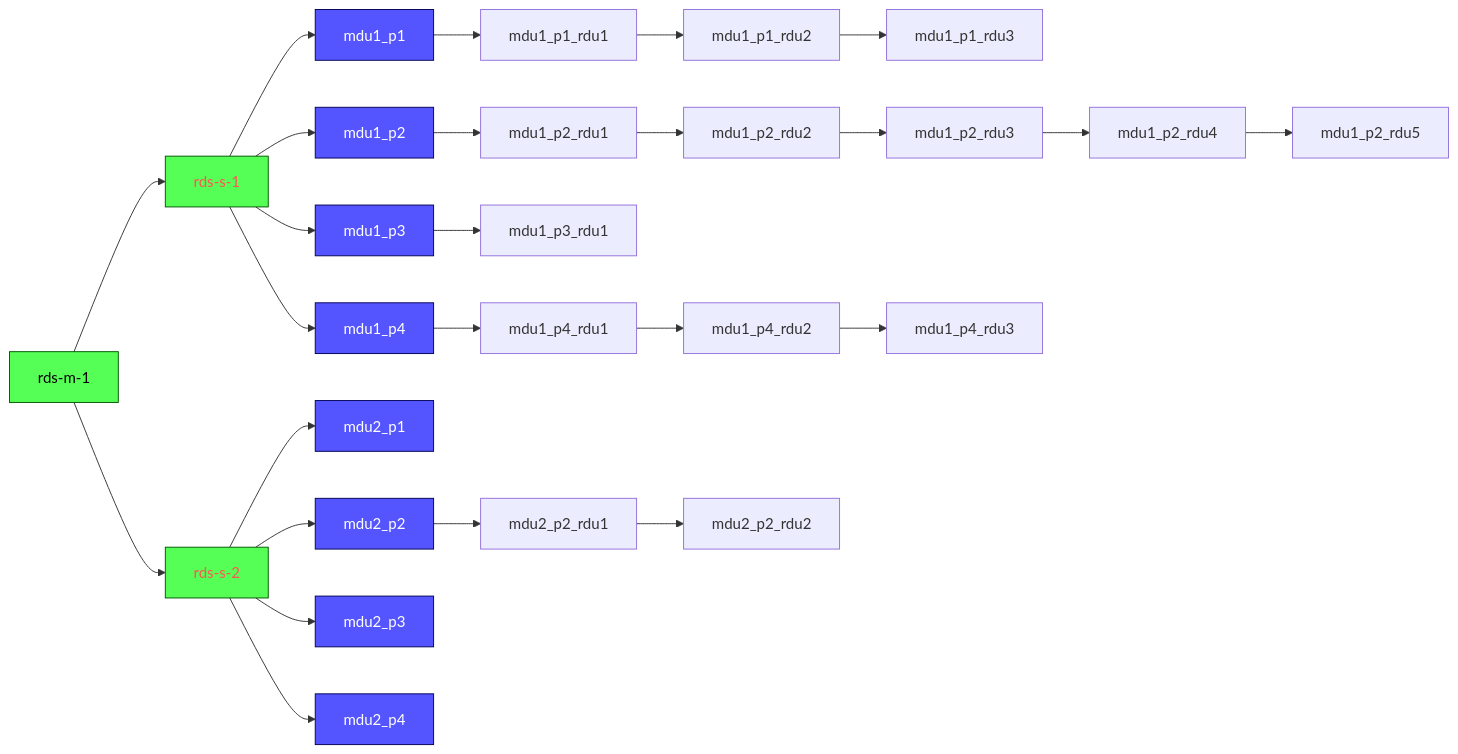
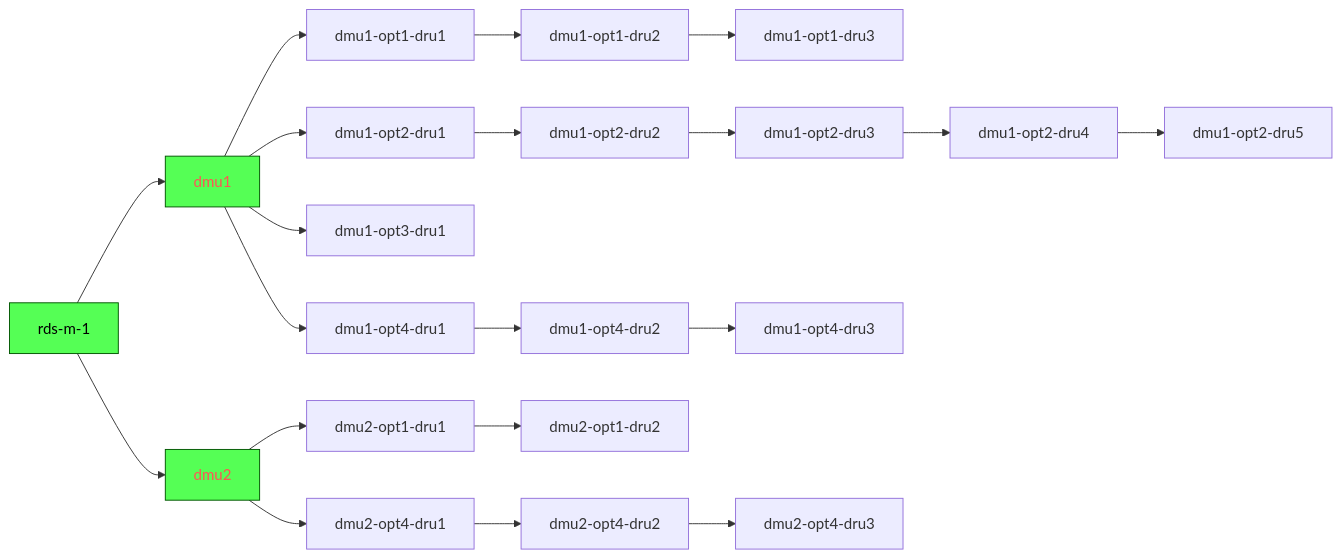
One commit to arturo393/drs changed the diagram in readme.md. Above: the diagram before and after it, drawn with Mermaid. The commit also changed other lines of this file, not shown here.

Commit message:
+readme: change hostname convention

````diff
--- a/readme.md
+++ b/readme.md
@@ -11,37 +11,19 @@
 ```mermaid
 graph LR;
-  rds-m-1-->rds-s-1;
-  rds-m-1-->rds-s-2;
+  rds-m-1-->dmu1;
+  rds-m-1-->dmu2;
 
-  rds-s-1-->mdu1_p1;
-  rds-s-1-->mdu1_p2;
-  rds-s-1-->mdu1_p3;
-  rds-s-1-->mdu1_p4;
+  dmu1-->dmu1-opt1-dru1-->dmu1-opt1-dru2-->dmu1-opt1-dru3;
+  dmu1-->dmu1-opt2-dru1-->dmu1-opt2-dru2-->dmu1-opt2-dru3-->dmu1-opt2-dru4-->dmu1-opt2-dru5;
+  dmu1-->dmu1-opt3-dru1;
+  dmu1-->dmu1-opt4-dru1-->dmu1-opt4-dru2-->dmu1-opt4-dru3;
 
-  rds-s-2-->mdu2_p1;
-  rds-s-2-->mdu2_p2;
-  rds-s-2-->mdu2_p3;
-  rds-s-2-->mdu2_p4;
-
-  mdu1_p1-->mdu1_p1_rdu1-->mdu1_p1_rdu2-->mdu1_p1_rdu3;
-  mdu1_p2-->mdu1_p2_rdu1-->mdu1_p2_rdu2-->mdu1_p2_rdu3-->mdu1_p2_rdu4-->mdu1_p2_rdu5;
-  mdu1_p3-->mdu1_p3_rdu1;
-  mdu1_p4-->mdu1_p4_rdu1-->mdu1_p4_rdu2-->mdu1_p4_rdu3;
-
-  mdu2_p2-->mdu2_p2_rdu1-->mdu2_p2_rdu2;
+  dmu2-->dmu2-opt1-dru1-->dmu2-opt1-dru2;
+  dmu2-->dmu2-opt4-dru1-->dmu2-opt4-dru2-->dmu2-opt4-dru3;
 
   style rds-m-1 color:#000,fill:#5f5,stroke:#050,stroke-width:1px;
 
-  style rds-s-1 color:#f55,fill:#5f5,stroke:#050,stroke-width:1px;
-  style rds-s-2 color:#f55,fill:#5f5,stroke:#050,stroke-width:1px;
+  style dmu1 color:#f55,fill:#5f5,stroke:#050,stroke-width:1px;
+  style dmu2 color:#f55,fill:#5f5,stroke:#050,stroke-width:1px;
 
-  style mdu1_p1 color:#fff,fill:#55f,stroke:#005,stroke-width:1px;
-  style mdu1_p2 color:#fff,fill:#55f,stroke:#005,stroke-width:1px;
-  style mdu1_p3 color:#fff,fill:#55f,stroke:#005,stroke-width:1px;
-  style mdu1_p4 color:#fff,fill:#55f,stroke:#005,stroke-width:1px;
-
-  style mdu2_p1 color:#fff,fill:#55f,stroke:#005,stroke-width:1px;
-  style mdu2_p2 color:#fff,fill:#55f,stroke:#005,stroke-width:1px;
-  style mdu2_p3 color:#fff,fill:#55f,stroke:#005,stroke-width:1px;
-  style mdu2_p4 color:#fff,fill:#55f,stroke:#005,stroke-width:1px;
 ```
````
